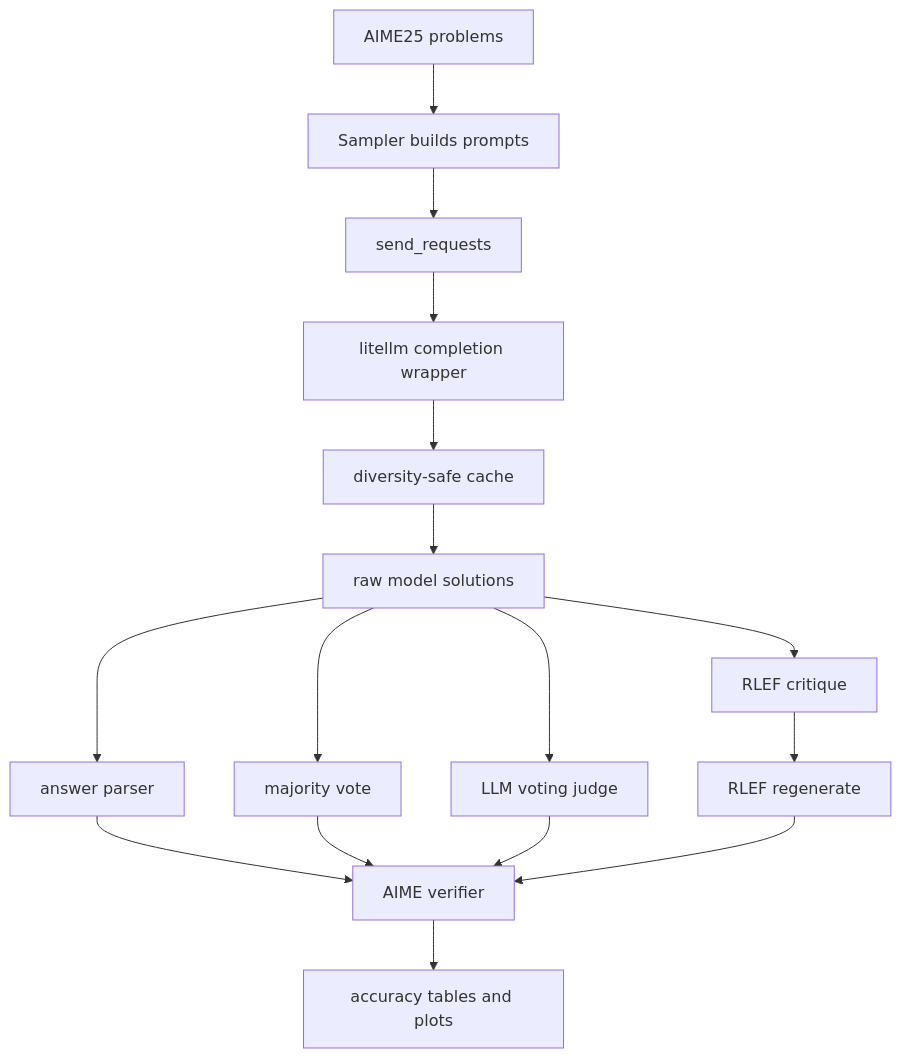
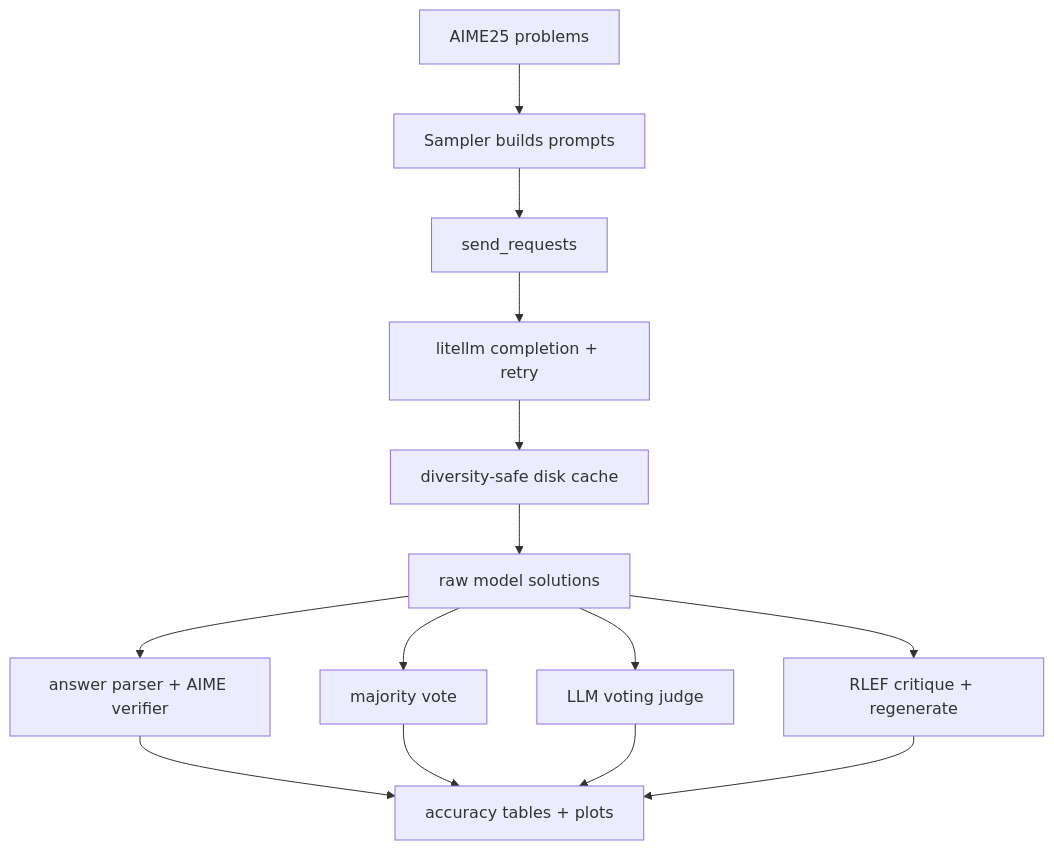
One commit to TimS-ml/Scratch-CS329A-Agent changed the first of 5 diagrams in docs/hw1-code-walkthrough.md. Above: the diagram before and after it, drawn with Mermaid. The commit also changed other lines of this file and 2 other files, not shown here.

````diff
--- a/docs/hw1-code-walkthrough.md
+++ b/docs/hw1-code-walkthrough.md
@@ -8,18 +7,16 @@
 ```mermaid
 flowchart TD
   A[AIME25 problems] --> B[Sampler builds prompts]
   B --> C[send_requests]
-  C --> D[litellm completion wrapper]
-  D --> E[diversity-safe cache]
+  C --> D[litellm completion + retry]
+  D --> E[diversity-safe disk cache]
   E --> F[raw model solutions]
-  F --> G[answer parser]
-  G --> H[AIME verifier]
-  F --> I[majority vote]
-  F --> J[LLM voting judge]
-  F --> K[RLEF critique]
-  K --> L[RLEF regenerate]
-  I --> H
-  J --> H
-  L --> H
-  H --> M[accuracy tables and plots]
+  F --> G[answer parser + AIME verifier]
+  F --> H[majority vote]
+  F --> I[LLM voting judge]
+  F --> J[RLEF critique + regenerate]
+  G --> K[accuracy tables + plots]
+  H --> K
+  I --> K
+  J --> K
 ```
````
